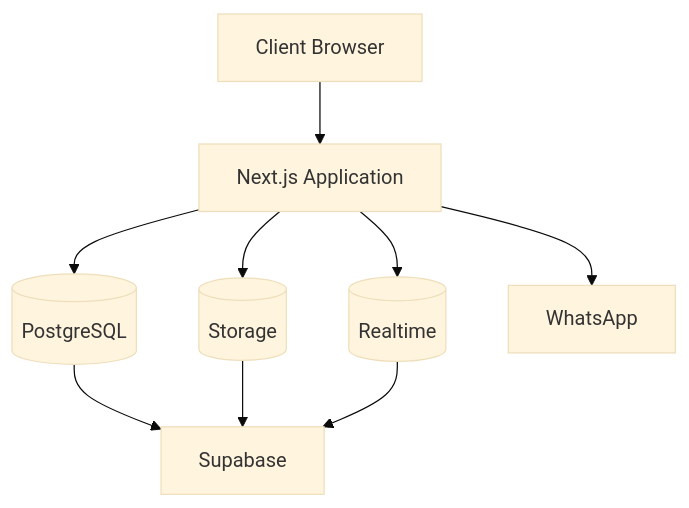
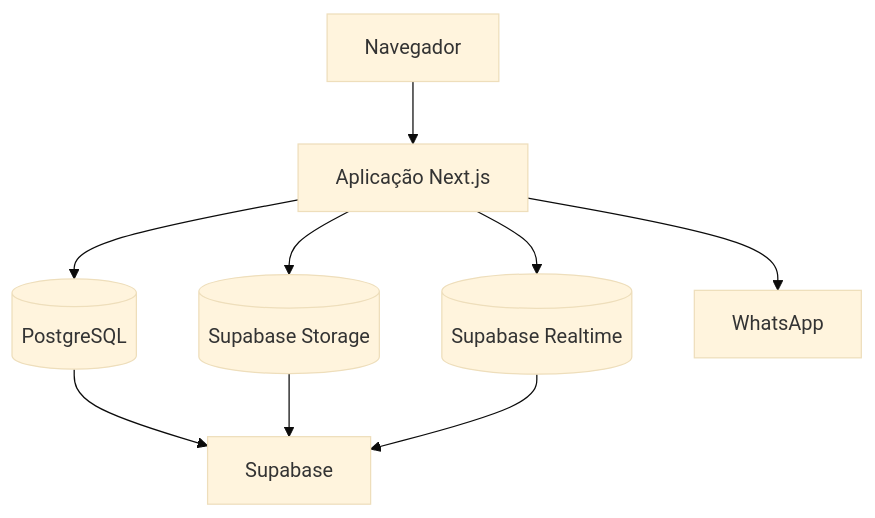
The first of 6 diagrams in README.md (LorenzoOMN/ECOA-Ecommerce), drawn with Mermaid (base theme) before and after one commit. The commit also changed other lines of this file, not shown here.

````diff
--- a/README.md
+++ b/README.md
@@ -113,17 +190,17 @@
 ```mermaid
 flowchart TD
 
-Client[Client Browser]
+Client[Navegador]
 
-Client --> NextJS[Next.js Application]
+Client --> NextJS[Aplicação Next.js]
 
 NextJS --> Database[(PostgreSQL)]
-NextJS --> Storage[(Storage)]
-NextJS --> Realtime[(Realtime)]
+NextJS --> Storage[(Supabase Storage)]
+NextJS --> Realtime[(Supabase Realtime)]
 
 Database --> Supabase[Supabase]
 Storage --> Supabase
 Realtime --> Supabase
 
 NextJS --> WhatsApp[WhatsApp]
 ```
````
